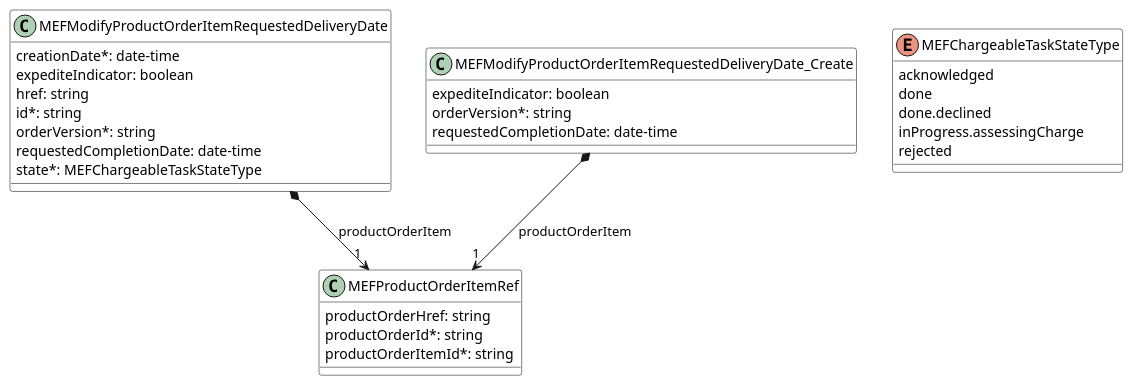
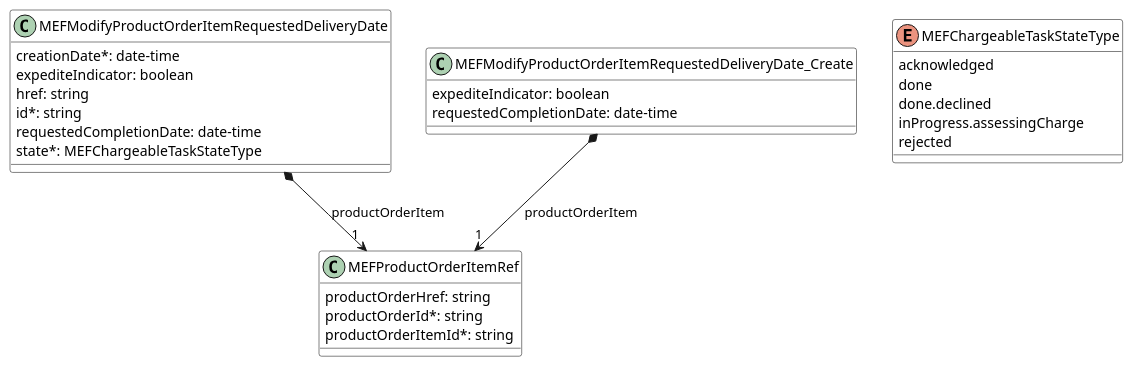
Before and after one commit to MEF-GIT/MEF-LSO-Sonata-SDK: the diagram in documentation/productApi/order/media/src/useCase5ModifyModel.puml, drawn with PlantUML. The commit also changed 211 other files, not shown here.

```diff
--- a/documentation/productApi/order/media/src/useCase5ModifyModel.puml
+++ b/documentation/productApi/order/media/src/useCase5ModifyModel.puml
@@ -1,51 +1,49 @@
 @startuml
 skinparam {
     ClassBackgroundColor White
     ClassBorderColor Black
 }
 
 class MEFModifyProductOrderItemRequestedDeliveryDate {
 
     creationDate*: date-time
     expediteIndicator: boolean
     href: string
     id*: string
-    orderVersion*: string
     requestedCompletionDate: date-time
     state*: MEFChargeableTaskStateType
 }
 
 MEFModifyProductOrderItemRequestedDeliveryDate *-->"1" MEFProductOrderItemRef : productOrderItem
 
 
 
 class MEFProductOrderItemRef {
 
     productOrderHref: string
     productOrderId*: string
     productOrderItemId*: string
 }
 
 
 
 
 
 class MEFModifyProductOrderItemRequestedDeliveryDate_Create {
 
     expediteIndicator: boolean
-    orderVersion*: string
     requestedCompletionDate: date-time
 }
 
 MEFModifyProductOrderItemRequestedDeliveryDate_Create *-->"1" MEFProductOrderItemRef : productOrderItem
 
 enum MEFChargeableTaskStateType {
 
     acknowledged
     done
     done.declined
     inProgress.assessingCharge
     rejected
 }
 
 @enduml
```
